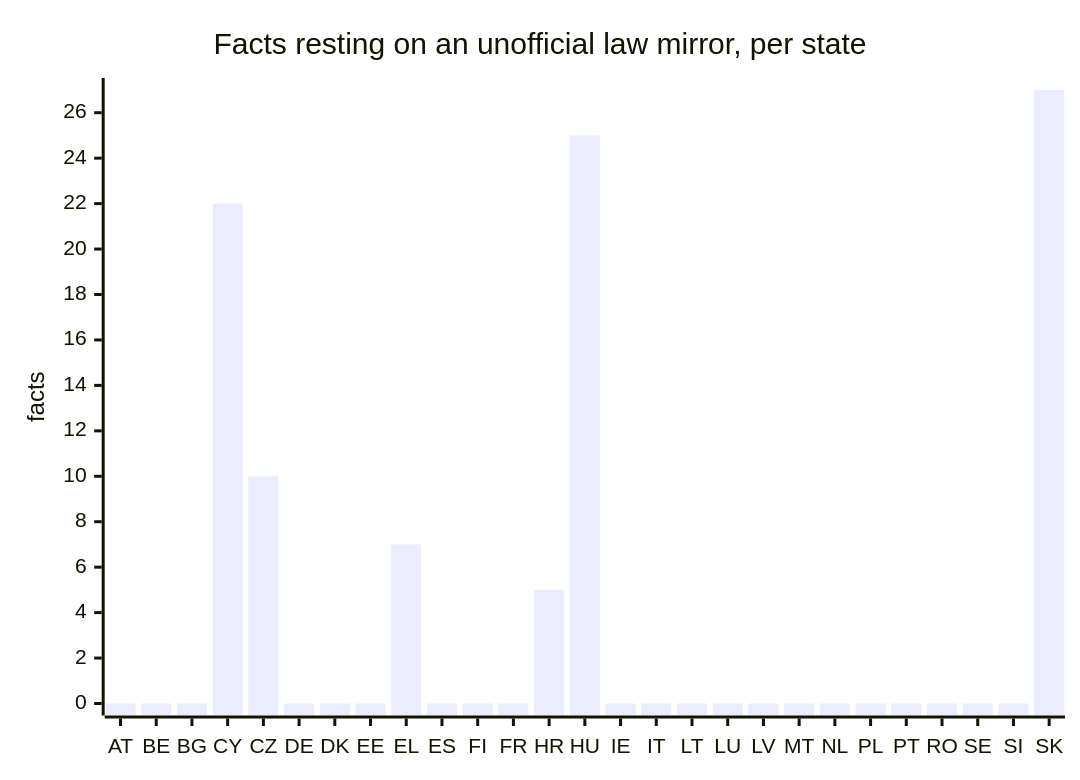
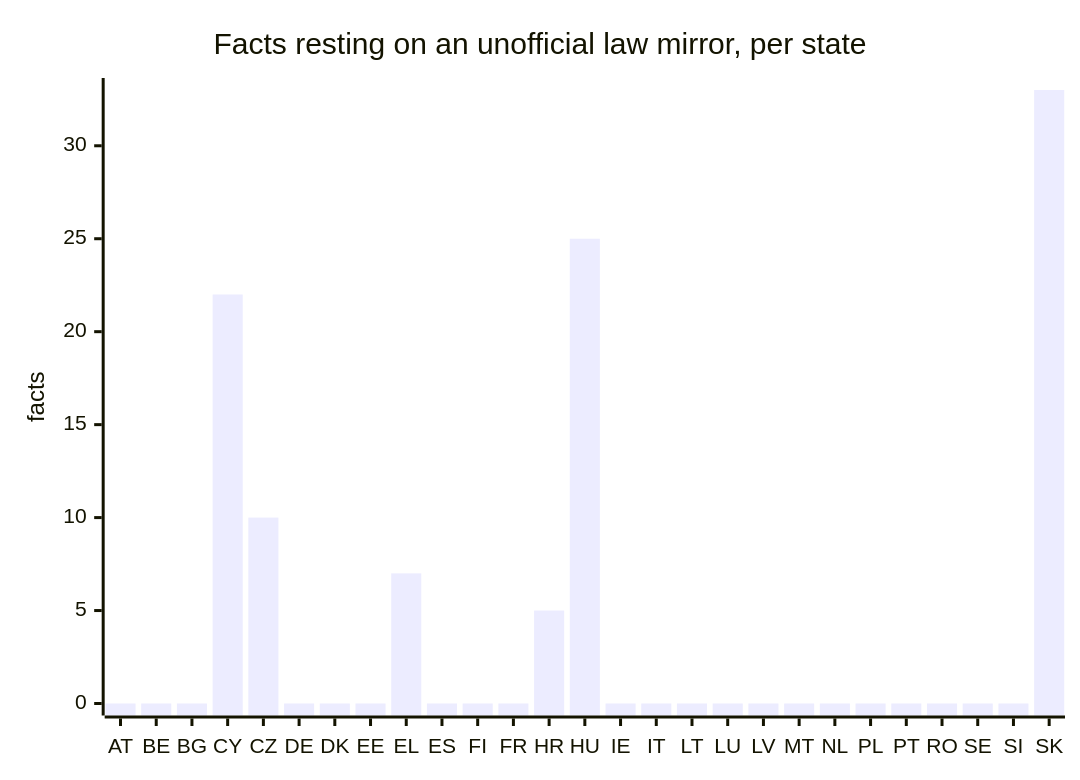
One commit to EU27-data-sovereignty/eu27-data-sovereignty changed the third of 5 diagrams in docs/evidence.md. Above: the diagram before and after it, drawn with Mermaid. The commit also changed other lines of this file and 100 other files, not shown here.

````diff
--- a/docs/evidence.md
+++ b/docs/evidence.md
@@ -61,7 +61,7 @@
 ```mermaid
 xychart-beta
   title "Facts resting on an unofficial law mirror, per state"
   x-axis [AT, BE, BG, CY, CZ, DE, DK, EE, EL, ES, FI, FR, HR, HU, IE, IT, LT, LU, LV, MT, NL, PL, PT, RO, SE, SI, SK]
-  y-axis "facts" 0 --> 27
-  bar [0, 0, 0, 22, 10, 0, 0, 0, 7, 0, 0, 0, 5, 25, 0, 0, 0, 0, 0, 0, 0, 0, 0, 0, 0, 0, 27]
+  y-axis "facts" 0 --> 33
+  bar [0, 0, 0, 22, 10, 0, 0, 0, 7, 0, 0, 0, 5, 25, 0, 0, 0, 0, 0, 0, 0, 0, 0, 0, 0, 0, 33]
 ```
````
